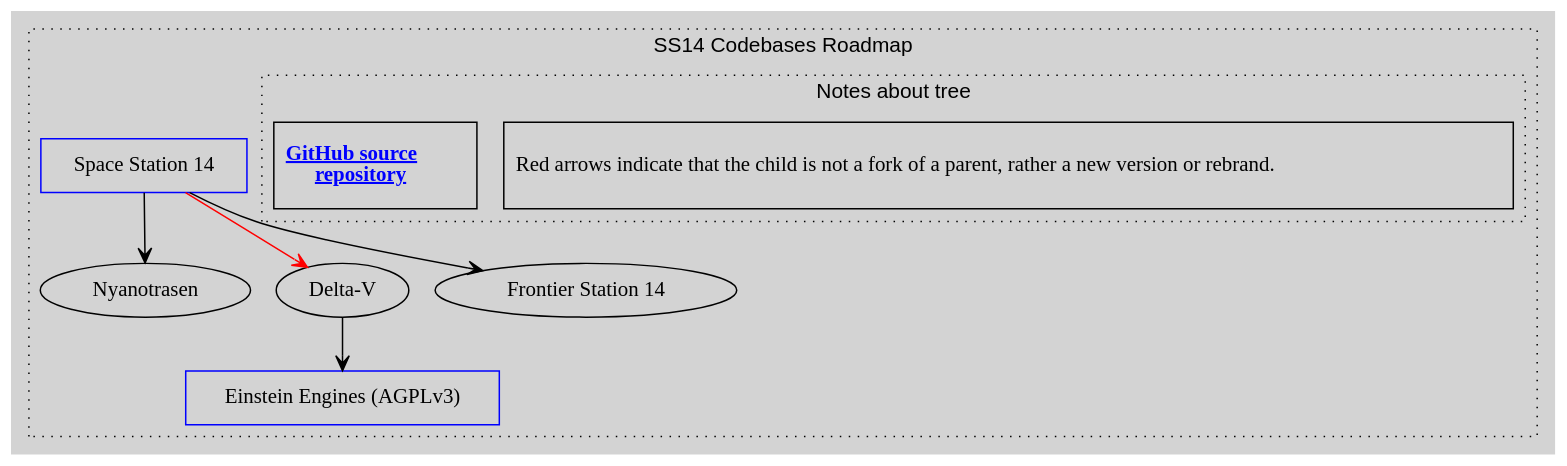
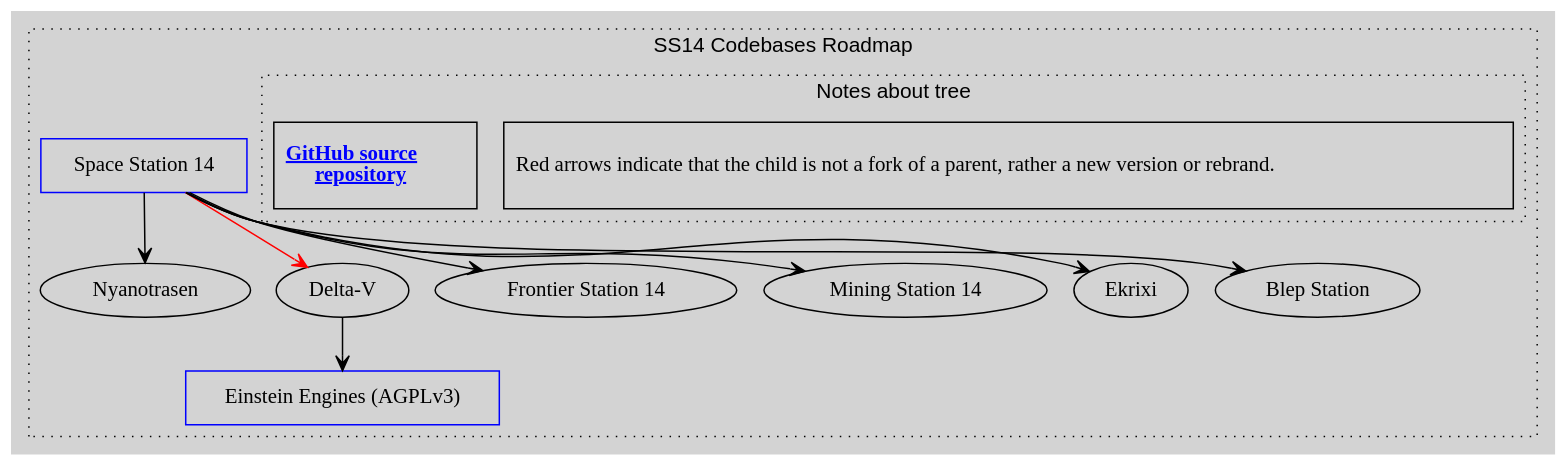
Before and after one commit to Noliuss/SS14-Codebases: the diagram in src/tree.dot, drawn with Graphviz. The commit also changed 1 other file, not shown here.

```diff
--- a/src/tree.dot
+++ b/src/tree.dot
@@ -1,86 +1,89 @@
 digraph G {
 	/// Attributes ///
 	color    = "black"
 	fontname = "Arial"
 	fontsize = 14
 	ratio    = "auto" //size = "30, 30"
 	rankdir  = "LB"
 	bgcolor  = lightgray
 	//splines  = false
 
 	graph [
 		compound = true
 	]
 	edge [
 		arrowhead = vee,
 		arrowtail = vee,
 		splines = curved
 	]
 
 	//
 	subgraph "cluster Map"
 	{
 		//
 		subgraph "cluster_note"
 		{
 			/// Attributes ///
 			label    = "Notes about tree"
 			style    = "dotted"
 			rankdir  = "LB"
 			compound = false
 			rank     = same
 			//pos      = "10,10!"
 
 			node [
 				shape    = rectangle,
 				fontsize = 14,
 				//width    = 3.5
 				//height   = .08
 				minlen = 1
 			]
 			edge [
 				constraint = false
 			]
 
 			/// Nodes ///
 			note1 [
 				label  = "Red arrows indicate that the child is not a fork of a parent, rather a new version or rebrand.\l",
 				width  = 4.5,
 				height = .8
 			]
 			note2 [
 				shape    = record,
 				fontcolor = "blue"
 				decorate=true
 				label  = <<b><u>GitHub source <br/>repository</u></b>>,
 				URL    = "https://github.com/Noliuss/SS14-Codebases",
 				width  = 1.4,
 				height = .8
 			]
 			//dummy_helper1 [style = "invis", width = 3]
 
 			/// Edges ///
 			//note1 -> note2 [style = "invis", constraint = false, dir = left] //, taillabel = "tail", lhead=cluster_0, constraint=false]
 			//node [shape=record, height=.08, fontsize=11, width=3.5]
 			//note1 -> dummy_helper1 [style = "invis"] //, taillabel = "tail", lhead=cluster_0, constraint=false]
 
 		}
 
 		/// Attributes ///
 		label    = "SS14 Codebases Roadmap"
 		labelloc = "top"
 		style    = "dotted"
 		//rankdir = "TB"
 		//edge [constraint = true]
 
 		/// Nodes ///
 		"Space Station 14" [shape = rectangle, color = blue] // added by: noliuss
 		"Einstein Engines (AGPLv3)" [shape = rectangle, color = blue] // added by: noliuss
 
 		/// Edges ///
 		"Space Station 14"           -> "Nyanotrasen" // added by: noliuss
 		"Space Station 14"           -> "Delta-V" [color = red] // added by: noliuss
 		"Delta-V"                    -> "Einstein Engines (AGPLv3)" // added by: noliuss
 		"Space Station 14"           -> "Frontier Station 14" // added by: noliuss
+		"Space Station 14"           -> "Mining Station 14" // added by: noliuss
+		"Space Station 14"           -> "Ekrixi" // added by: noliuss
+		"Space Station 14"           -> "Blep Station" // added by: noliuss
 	}
 }
```
